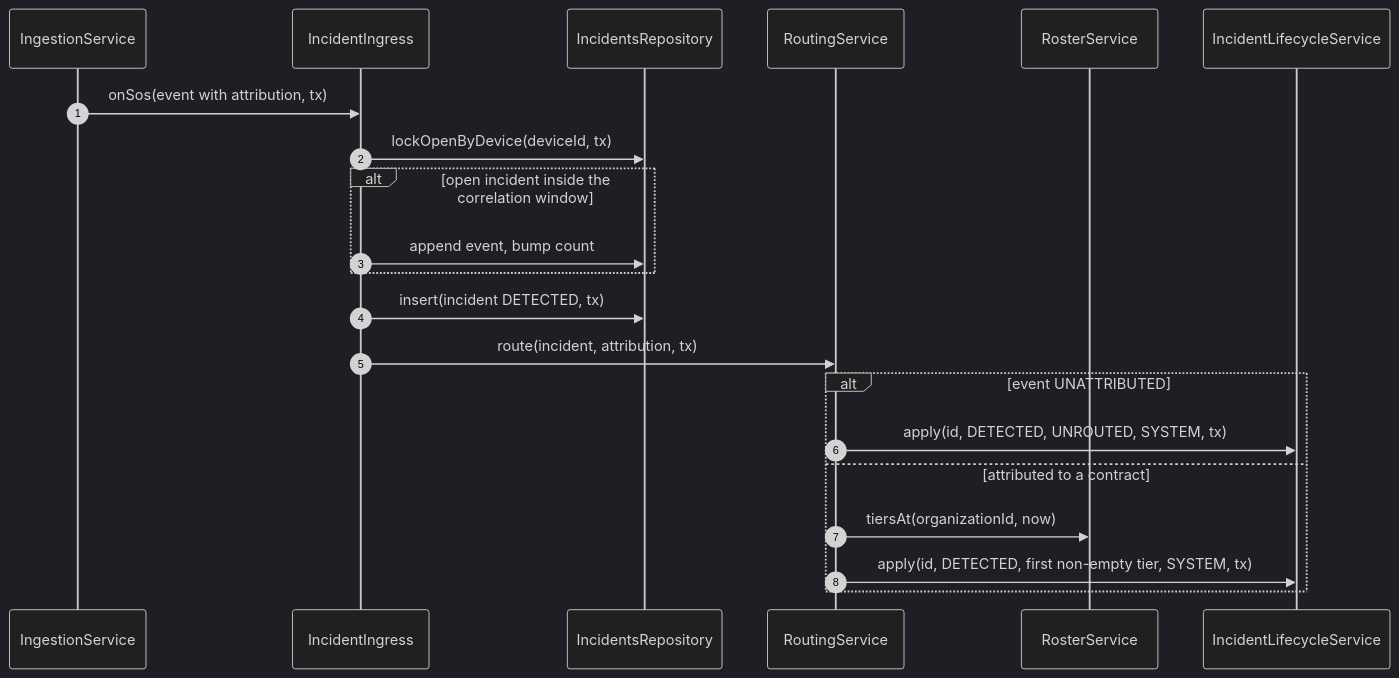
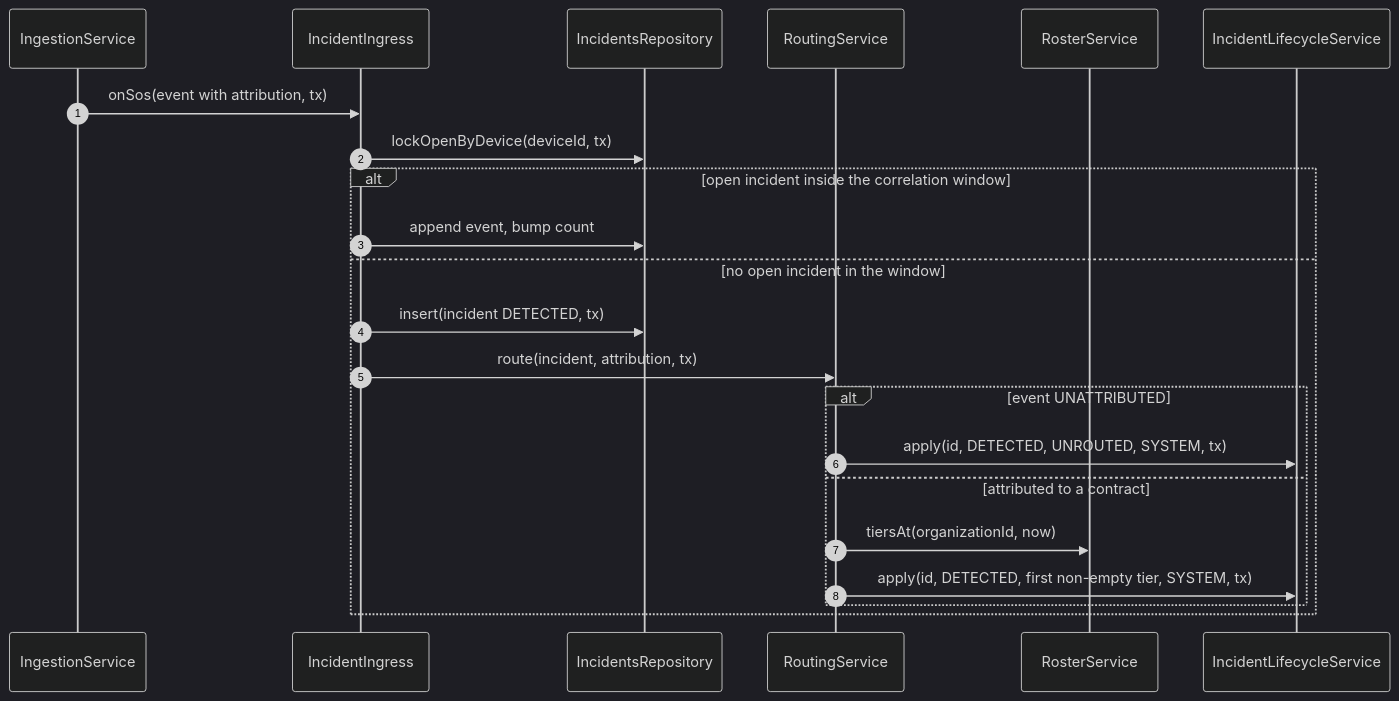
One commit to TrekLink-Team/treklink-web changed the fifth of 10 diagrams in specs/incidents/design.md. Above: the diagram before and after it, drawn with Mermaid (dark theme). The commit also changed other lines of this file and 39 other files, not shown here.

First line of the commit message:
docs: design periodic maintenance (D-047) and apply the SDD sequence conventions

````diff
--- a/specs/incidents/design.md
+++ b/specs/incidents/design.md
@@ -272,23 +272,24 @@
 ```mermaid
 sequenceDiagram
     autonumber
     participant G as IngestionService
     participant In as IncidentIngress
     participant R as IncidentsRepository
     participant Ro as RoutingService
     participant Os as RosterService
     participant L as IncidentLifecycleService
     G->>In: onSos(event with attribution, tx)
     In->>R: lockOpenByDevice(deviceId, tx)
     alt open incident inside the correlation window
         In->>R: append event, bump count
-    end
-    In->>R: insert(incident DETECTED, tx)
-    In->>Ro: route(incident, attribution, tx)
-    alt event UNATTRIBUTED
-        Ro->>L: apply(id, DETECTED, UNROUTED, SYSTEM, tx)
-    else attributed to a contract
-        Ro->>Os: tiersAt(organizationId, now)
-        Ro->>L: apply(id, DETECTED, first non-empty tier, SYSTEM, tx)
+    else no open incident in the window
+        In->>R: insert(incident DETECTED, tx)
+        In->>Ro: route(incident, attribution, tx)
+        alt event UNATTRIBUTED
+            Ro->>L: apply(id, DETECTED, UNROUTED, SYSTEM, tx)
+        else attributed to a contract
+            Ro->>Os: tiersAt(organizationId, now)
+            Ro->>L: apply(id, DETECTED, first non-empty tier, SYSTEM, tx)
+        end
     end
 ```
````
